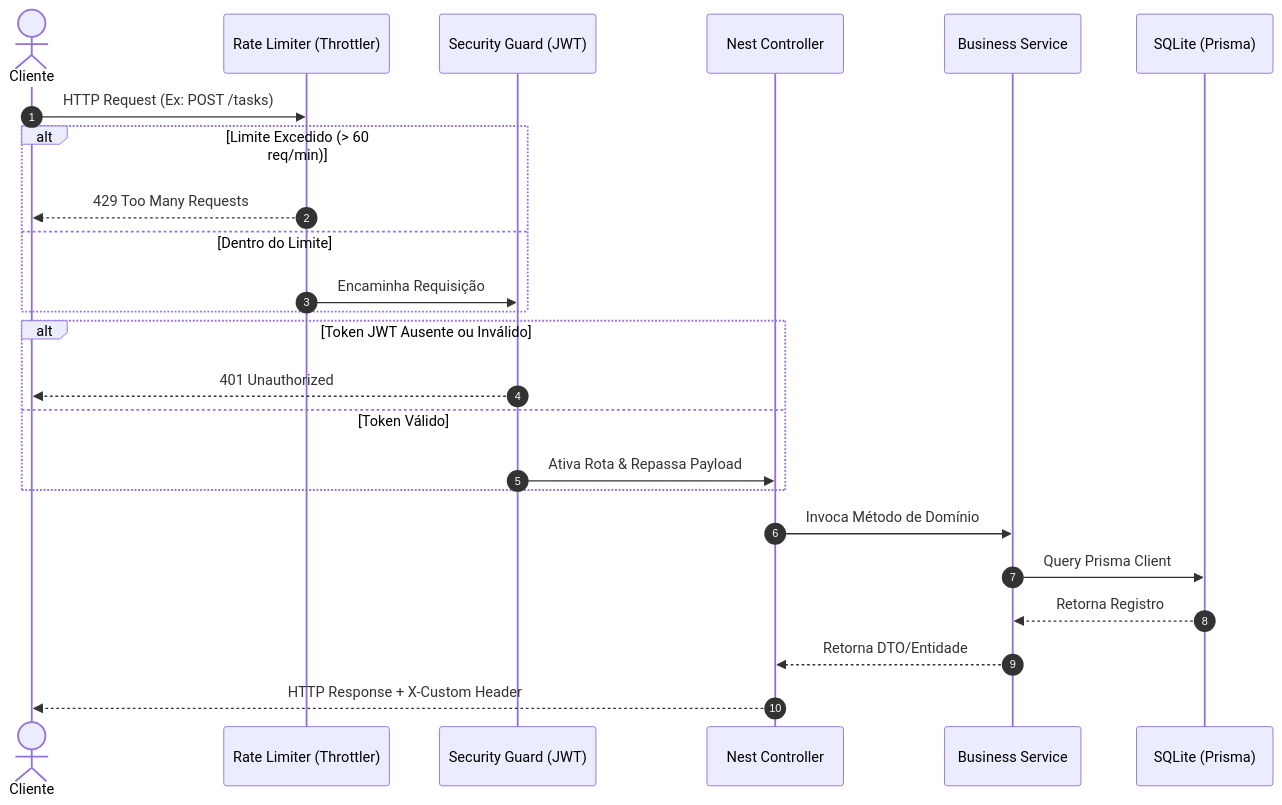
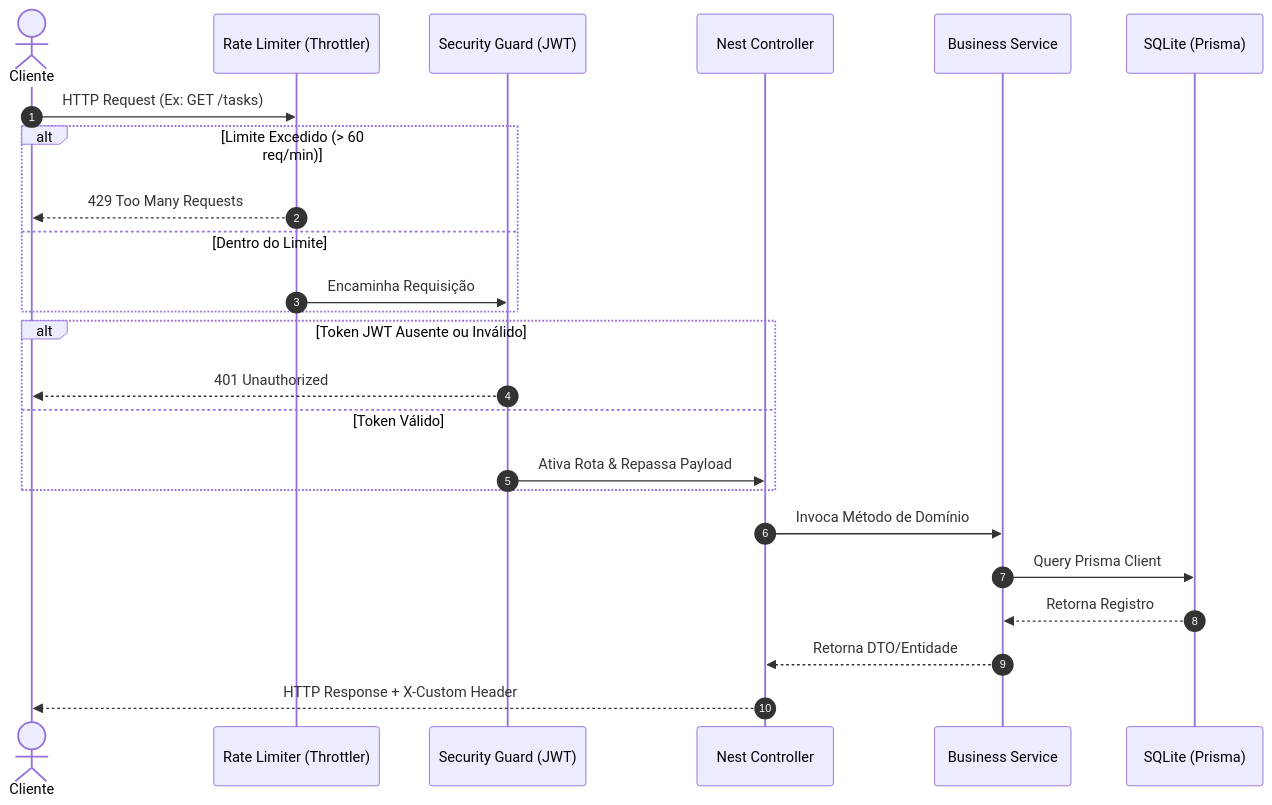
One commit to gui-bus/TaskAPI-NESTJS changed the diagram in README.md. Above: the diagram before and after it, drawn with Mermaid. The commit also changed other lines of this file, not shown here.

````diff
--- a/README.md
+++ b/README.md
@@ -29,29 +63,29 @@
 ```mermaid
 sequenceDiagram
     autonumber
     actor Cliente
     participant ThrottlerGuard as Rate Limiter (Throttler)
     participant AuthTokenGuard as Security Guard (JWT)
     participant Controller as Nest Controller
     participant Service as Business Service
     participant Database as SQLite (Prisma)
 
-    Cliente->>ThrottlerGuard: HTTP Request (Ex: POST /tasks)
+    Cliente->>ThrottlerGuard: HTTP Request (Ex: GET /tasks)
     alt Limite Excedido (> 60 req/min)
         ThrottlerGuard-->>Cliente: 429 Too Many Requests
     else Dentro do Limite
         ThrottlerGuard->>AuthTokenGuard: Encaminha Requisição
     end
 
     alt Token JWT Ausente ou Inválido
         AuthTokenGuard-->>Cliente: 401 Unauthorized
     else Token Válido
         AuthTokenGuard->>Controller: Ativa Rota & Repassa Payload
     end
 
     Controller->>Service: Invoca Método de Domínio
     Service->>Database: Query Prisma Client
     Database-->>Service: Retorna Registro
     Service-->>Controller: Retorna DTO/Entidade
     Controller-->>Cliente: HTTP Response + X-Custom Header
 ```
````
